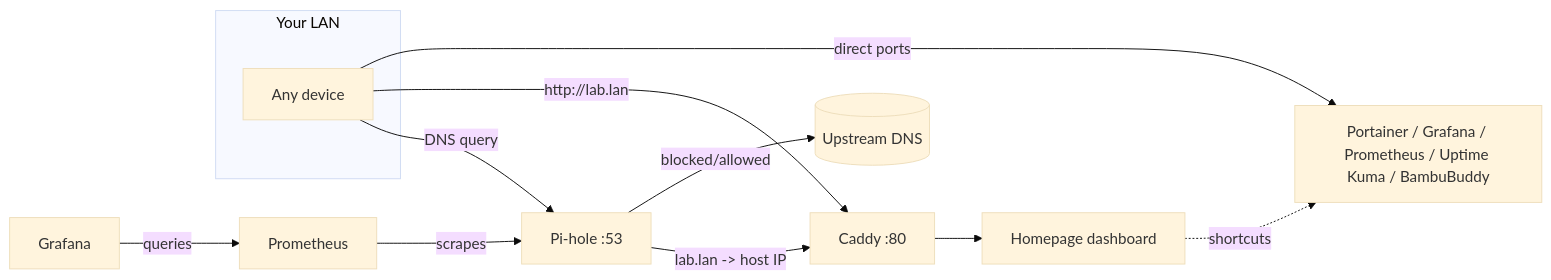
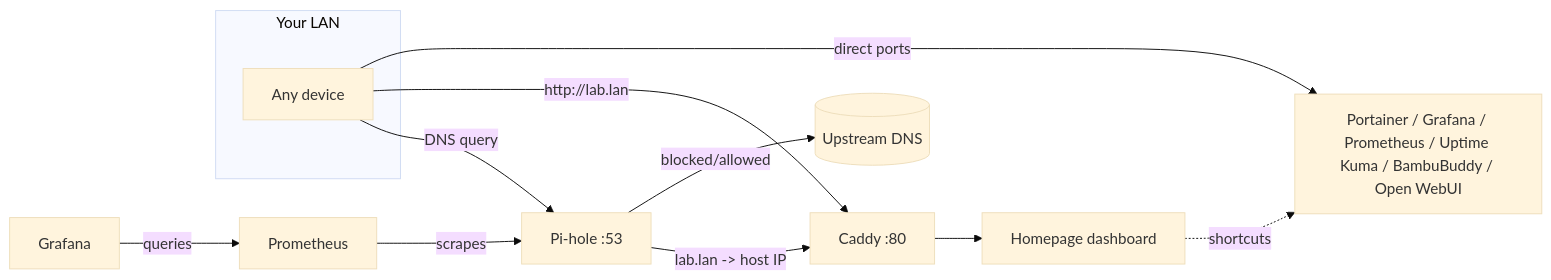
Before and after one commit to imfronto/fednet: the diagram in README.md, drawn with Mermaid (base theme). The commit also changed other lines of this file and 6 other files, not shown here.

First line of the commit message:
Add Ollama + Open WebUI local AI chat service

````diff
--- a/README.md
+++ b/README.md
@@ -88,19 +91,19 @@
 ```mermaid
 flowchart LR
     subgraph LAN["Your LAN"]
         Client[Any device]
     end
 
     Client -- "DNS query" --> Pihole[Pi-hole :53]
     Client -- "http://lab.lan" --> Caddy[Caddy :80]
-    Client -- "direct ports" --> Other[Portainer / Grafana / Prometheus / Uptime Kuma / BambuBuddy]
+    Client -- "direct ports" --> Other[Portainer / Grafana / Prometheus / Uptime Kuma / BambuBuddy / Open WebUI]
 
     Pihole -- "lab.lan -> host IP" --> Caddy
     Pihole -- "blocked/allowed" --> Upstream[(Upstream DNS)]
 
     Caddy --> Homepage[Homepage dashboard]
     Homepage -.shortcuts.-> Other
 
     Prometheus[Prometheus] -- scrapes --> Pihole
     Grafana[Grafana] -- queries --> Prometheus
 ```
````
